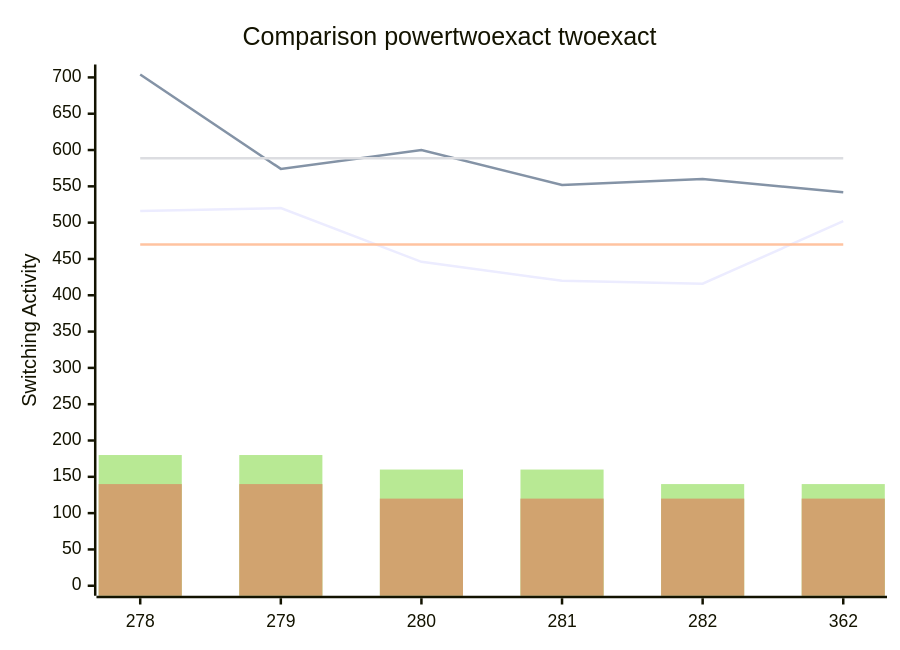
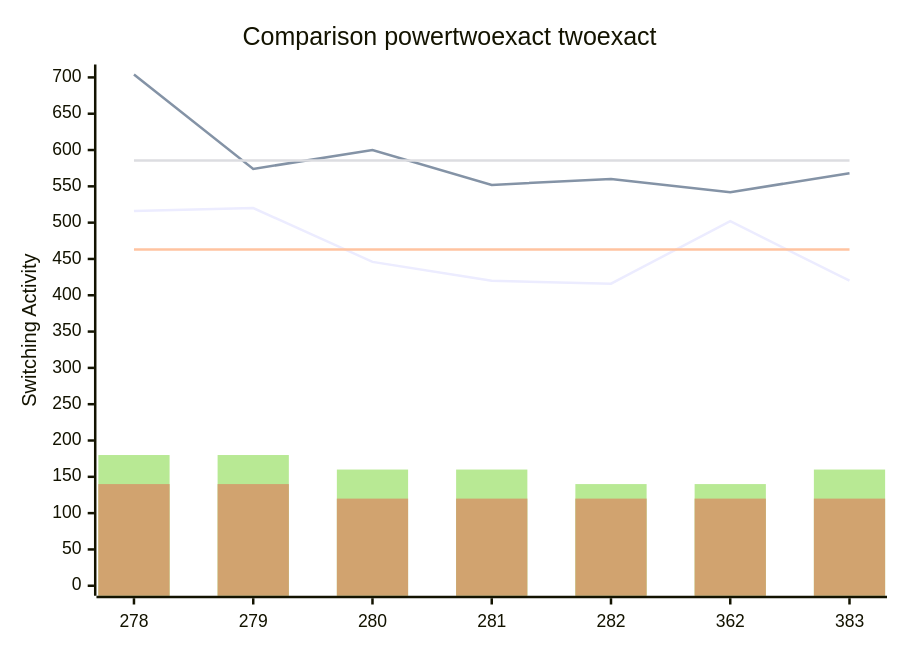
Before and after one commit to FeldmeierMichael/Exact-Power-Synthesis: the diagram in benchmark_opt_500_2.md, drawn with Mermaid. The commit also changed other lines of this file, not shown here.

````diff
--- a/benchmark_opt_500_2.md
+++ b/benchmark_opt_500_2.md
@@ -3,12 +3,12 @@
 ```mermaid
 xychart-beta
     title "Comparison powertwoexact twoexact"
-    x-axis [278, 279, 280, 281, 282, 362]
+    x-axis [278, 279, 280, 281, 282, 362, 383]
     y-axis "Switching Activity" 0-->704
-    line [516, 520, 446, 420, 416, 502]
-    line [704, 574, 600, 552, 560, 542]
-    line [470.0, 470.0, 470.0, 470.0, 470.0, 470.0]
-    line [588.6666666666666, 588.6666666666666, 588.6666666666666, 588.6666666666666, 588.6666666666666, 588.6666666666666]
-    bar [180, 180, 160, 160, 140, 140]
-    bar [140, 140, 120, 120, 120, 120]
+    line [516, 520, 446, 420, 416, 502, 420]
+    line [704, 574, 600, 552, 560, 542, 568]
+    line [462.85714285714283, 462.85714285714283, 462.85714285714283, 462.85714285714283, 462.85714285714283, 462.85714285714283, 462.85714285714283]
+    line [585.7142857142857, 585.7142857142857, 585.7142857142857, 585.7142857142857, 585.7142857142857, 585.7142857142857, 585.7142857142857]
+    bar [180, 180, 160, 160, 140, 140, 160]
+    bar [140, 140, 120, 120, 120, 120, 120]
 ```
````
